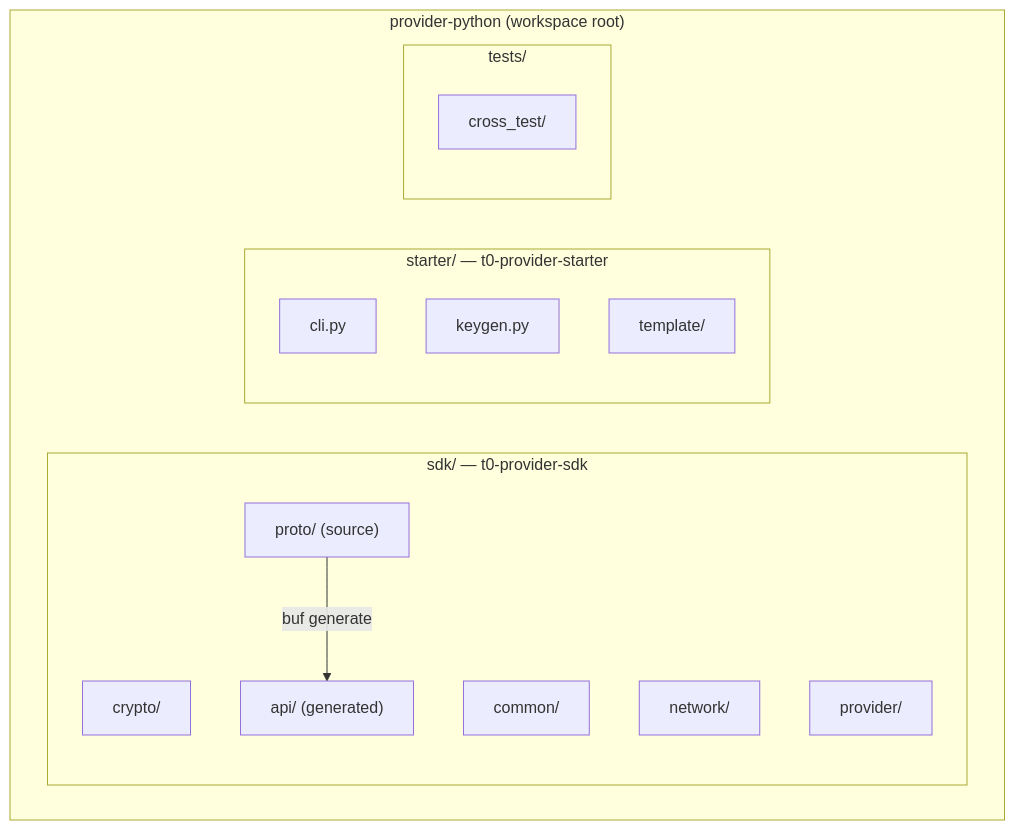
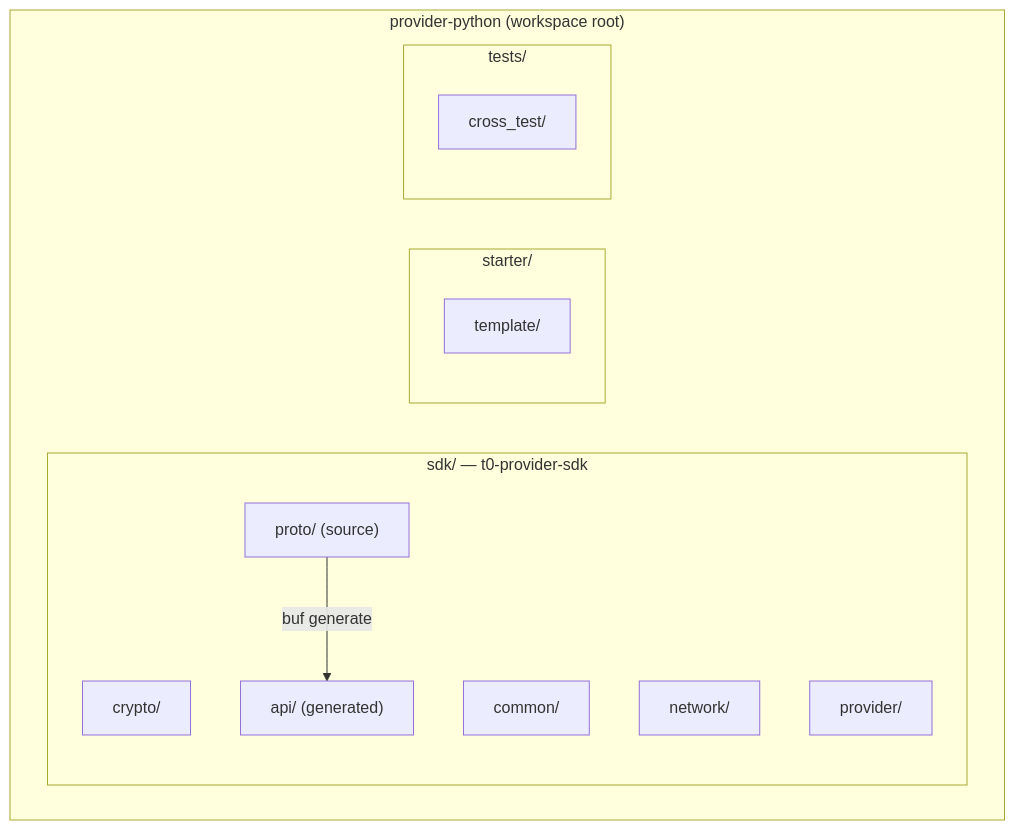
The fifth of 9 diagrams in docs/python/ARCHITECTURE.md (t-0-network/provider-sdk), drawn with Mermaid before and after one commit. The commit also changed other lines of this file and 77 other files, not shown here.

````diff
--- a/docs/python/ARCHITECTURE.md
+++ b/docs/python/ARCHITECTURE.md
@@ -313,25 +312,23 @@
 ```mermaid
 graph TB
     subgraph "provider-python (workspace root)"
         subgraph "sdk/ — t0-provider-sdk"
             CRYPTO["crypto/"]
             COMMON["common/"]
             NETWORK["network/"]
             PROVIDER["provider/"]
             API["api/ (generated)"]
             PROTO["proto/ (source)"]
         end
 
-        subgraph "starter/ — t0-provider-starter"
-            CLI["cli.py"]
-            KEYGEN["keygen.py"]
+        subgraph "starter/"
             TEMPLATE["template/"]
         end
 
         subgraph "tests/"
             CROSS["cross_test/"]
         end
     end
 
     PROTO -->|"buf generate"| API
 ```
````
